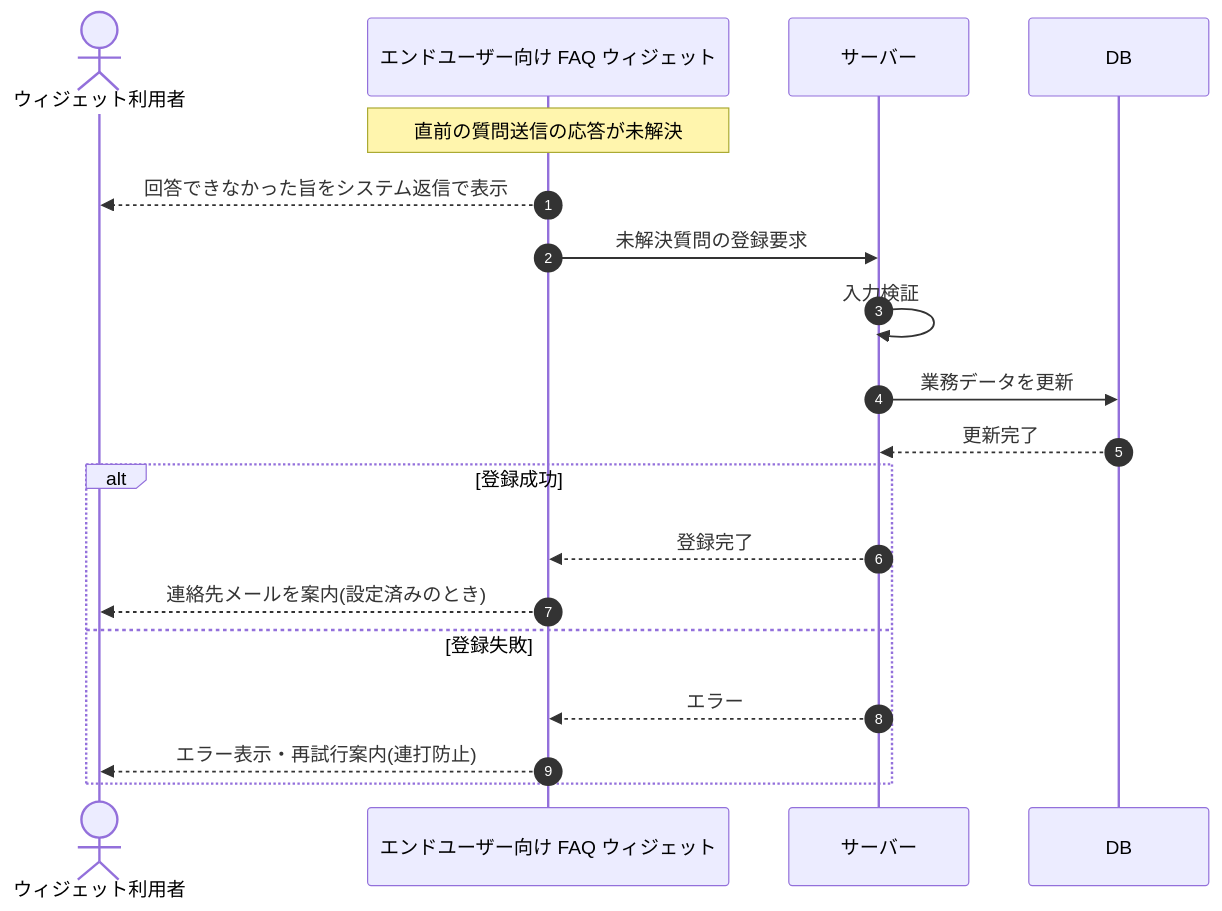
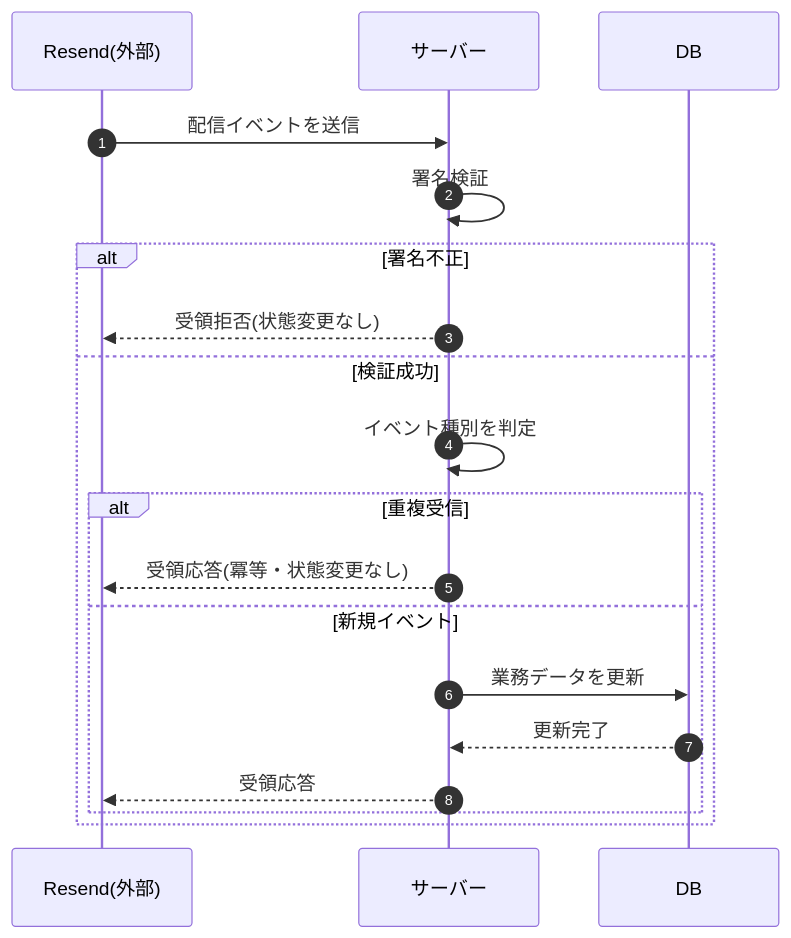
The diagram in 02_basic_design/03_sequences/SEQ-089.md (sikakou54/open-faq), drawn with Mermaid before and after one commit. The commit also changed other lines of this file and 395 other files, not shown here.

````diff
--- a/02_basic_design/03_sequences/SEQ-089.md
+++ b/02_basic_design/03_sequences/SEQ-089.md
@@ -25,21 +25,21 @@
 ```mermaid
 sequenceDiagram
   autonumber
-  actor U as ウィジェット利用者
-  participant Screen as エンドユーザー向け FAQ ウィジェット
+  participant R as Resend(外部)
   participant Server as サーバー
   participant DB as DB
-  Note over Screen: 直前の質問送信の応答が未解決
-  Screen-->>U: 回答できなかった旨をシステム返信で表示
-  Screen->>Server: 未解決質問の登録要求
-  Server->>Server: 入力検証
-  Server->>DB: 業務データを更新
-  DB-->>Server: 更新完了
-  alt 登録成功
-    Server-->>Screen: 登録完了
-    Screen-->>U: 連絡先メールを案内(設定済みのとき)
-  else 登録失敗
-    Server-->>Screen: エラー
-    Screen-->>U: エラー表示・再試行案内(連打防止)
+  R->>Server: 配信イベントを送信
+  Server->>Server: 署名検証
+  alt 署名不正
+    Server-->>R: 受領拒否(状態変更なし)
+  else 検証成功
+    Server->>Server: イベント種別を判定
+    alt 重複受信
+      Server-->>R: 受領応答(冪等・状態変更なし)
+    else 新規イベント
+      Server->>DB: 業務データを更新
+      DB-->>Server: 更新完了
+      Server-->>R: 受領応答
+    end
   end
 ```
````
